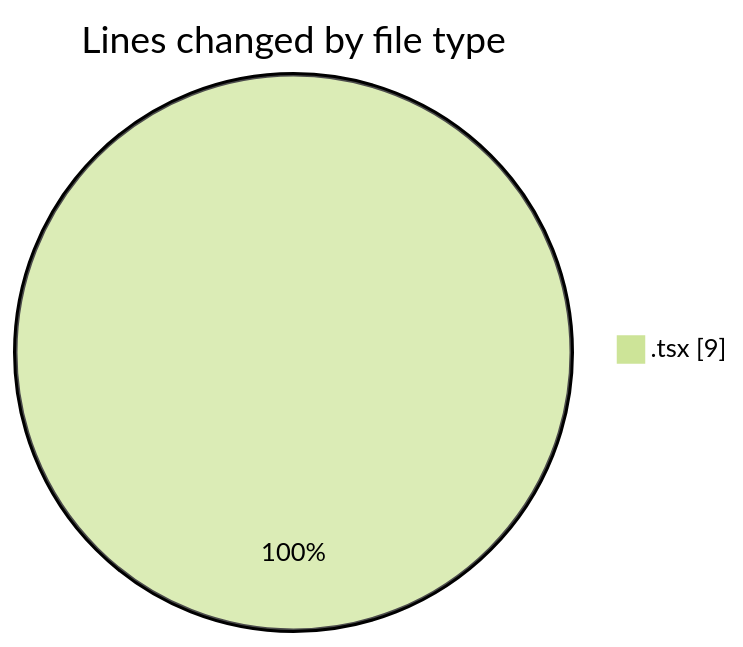
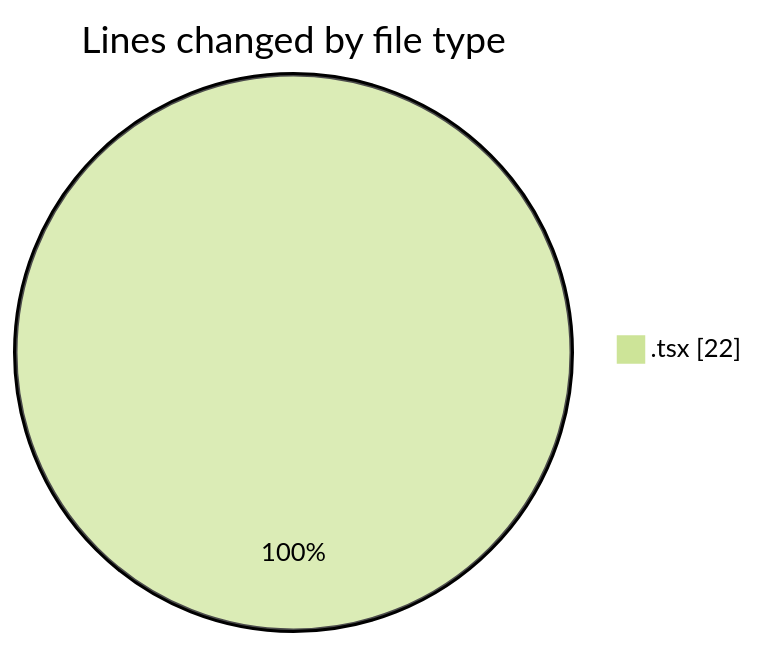
Before and after one commit to nxtqubesakshisongat/code-tracking: the first of 2 diagrams in 2026-06-12/nxtqube_webapp/README.md, drawn with Mermaid (forest theme). The commit also changed other lines of this file and 1 other file, not shown here.

````diff
--- a/2026-06-12/nxtqube_webapp/README.md
+++ b/2026-06-12/nxtqube_webapp/README.md
@@ -20,5 +20,5 @@
 ```mermaid
 pie showData
 title Lines changed by file type
-".tsx" : 9
+".tsx" : 22
 ```
````
